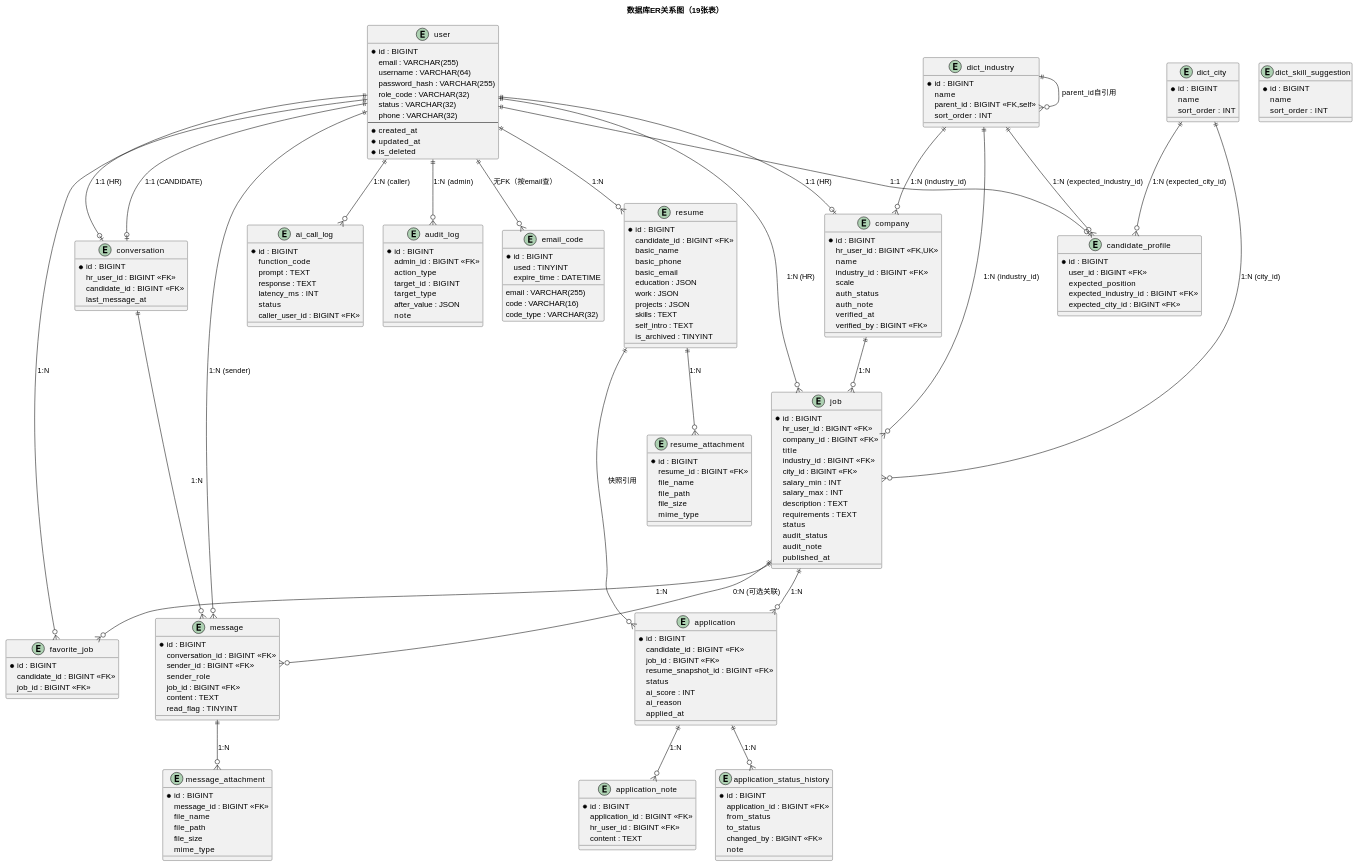
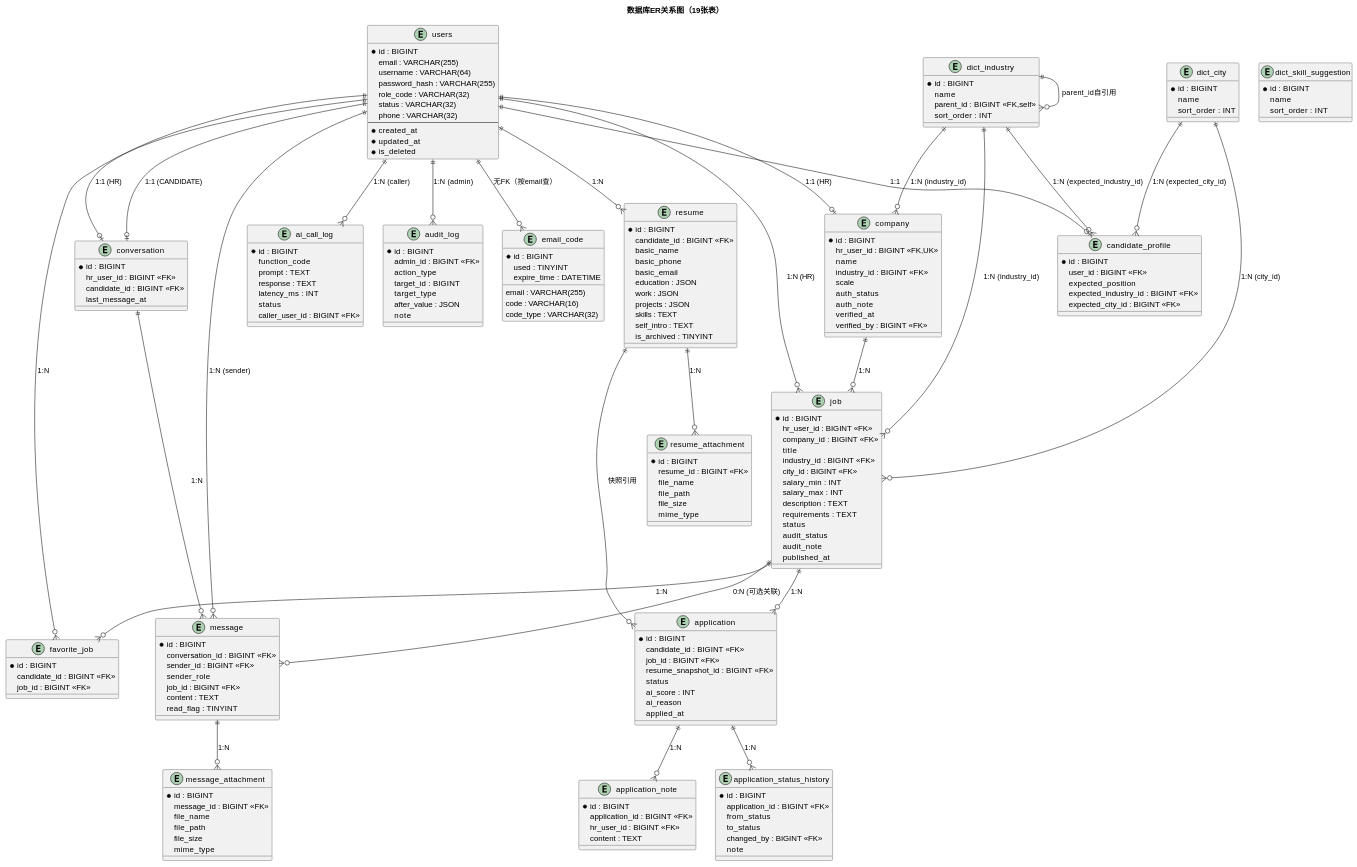
The diagram in docs/DataBase/数据库设计.md (wendy-zw-yang/recruitment_system), drawn with PlantUML before and after one commit. The commit also changed other lines of this file and 166 other files, not shown here.

```diff
--- a/docs/DataBase/数据库设计.md
+++ b/docs/DataBase/数据库设计.md
@@ -63,7 +63,7 @@
 @startuml
 title 数据库ER关系图（19张表）
 
-entity "user" as U {
+entity "users" as U {
   *id : BIGINT
   email : VARCHAR(255)
   username : VARCHAR(64)
```
